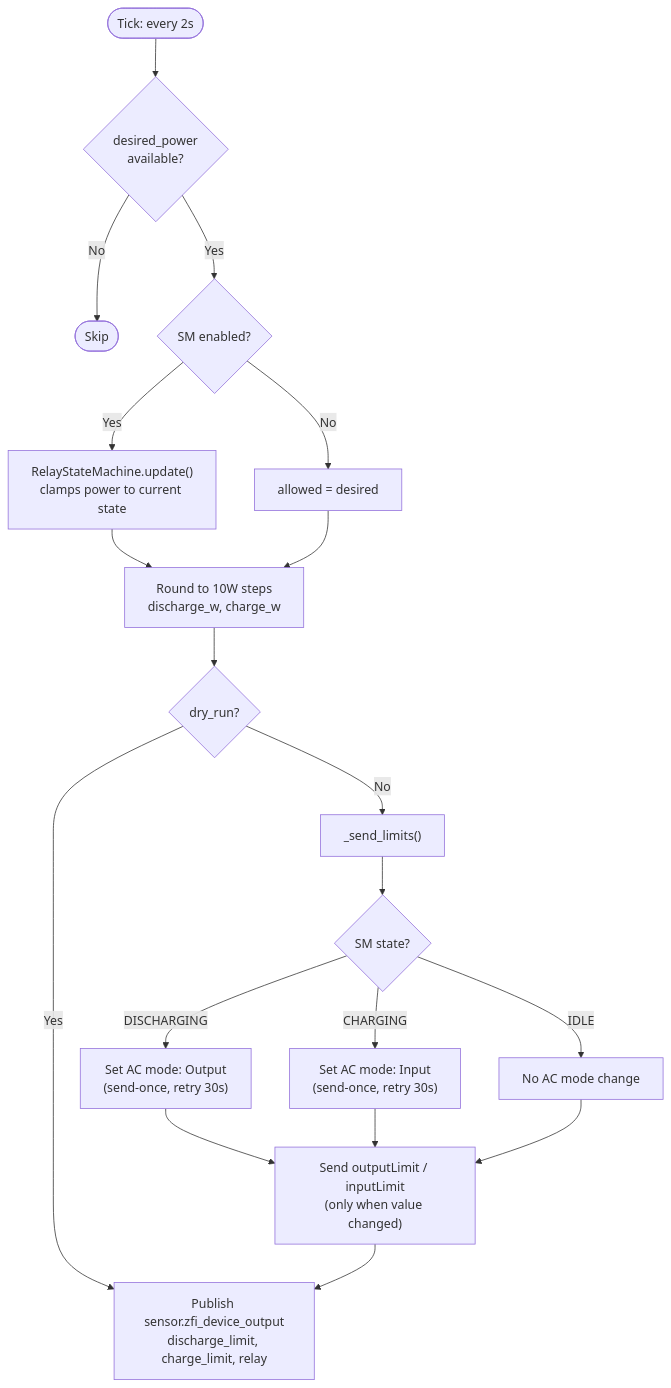
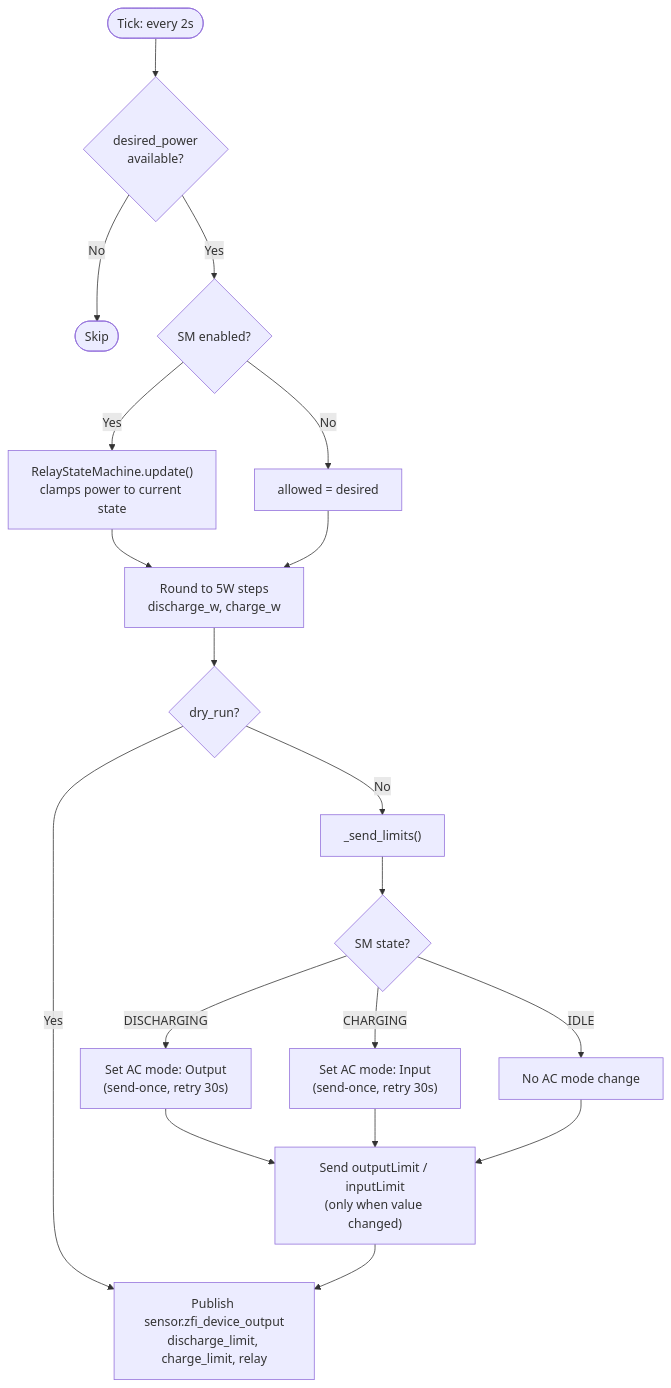
The second of 3 diagrams in docs/zero_feed_in_docs.md (steffenruehl/ha-zero-feed-in), drawn with Mermaid before and after one commit. The commit also changed other lines of this file and 1 other file, not shown here.

````diff
--- a/docs/zero_feed_in_docs.md
+++ b/docs/zero_feed_in_docs.md
@@ -366,31 +381,31 @@
 ```mermaid
 flowchart TD
     A([Tick: every 2s]) --> B{desired_power<br>available?}
     B -- No --> Z([Skip])
     B -- Yes --> SM{SM enabled?}
     SM -- Yes --> SMU["RelayStateMachine.update()<br>clamps power to current state"]
     SM -- No --> PASS["allowed = desired"]
     SMU --> RND
     PASS --> RND
 
-    RND["Round to 10W steps<br>discharge_w, charge_w"]
+    RND["Round to 5W steps<br>discharge_w, charge_w"]
 
     RND --> DRY{dry_run?}
     DRY -- Yes --> PUB
     DRY -- No --> SEND
 
     SEND["_send_limits()"]
     SEND --> ACM{"SM state?"}
     ACM -- DISCHARGING --> AO["Set AC mode: Output<br>(send-once, retry 30s)"]
     ACM -- CHARGING --> AI["Set AC mode: Input<br>(send-once, retry 30s)"]
     ACM -- IDLE --> SKIP_AC["No AC mode change"]
 
     AO --> LIM
     AI --> LIM
     SKIP_AC --> LIM
 
     LIM["Send outputLimit / inputLimit<br>(only when value changed)"]
 
     LIM --> PUB
     PUB["Publish sensor.zfi_device_output<br>discharge_limit, charge_limit, relay"]
 ```
````
